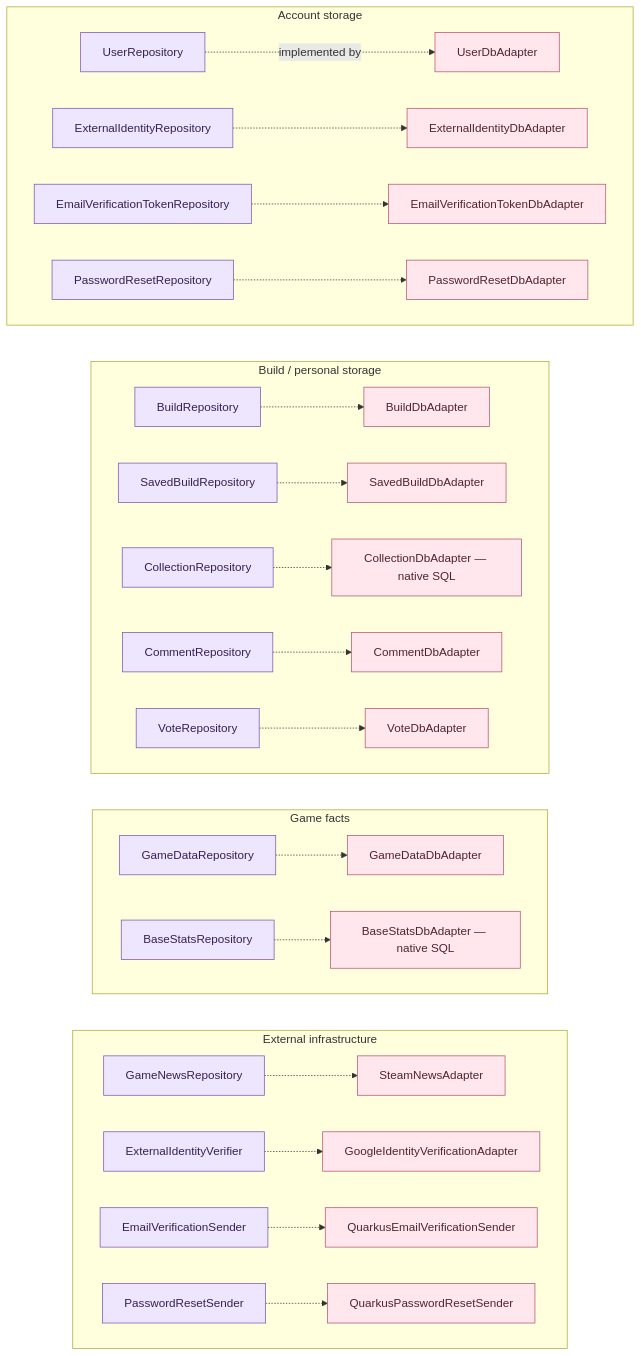
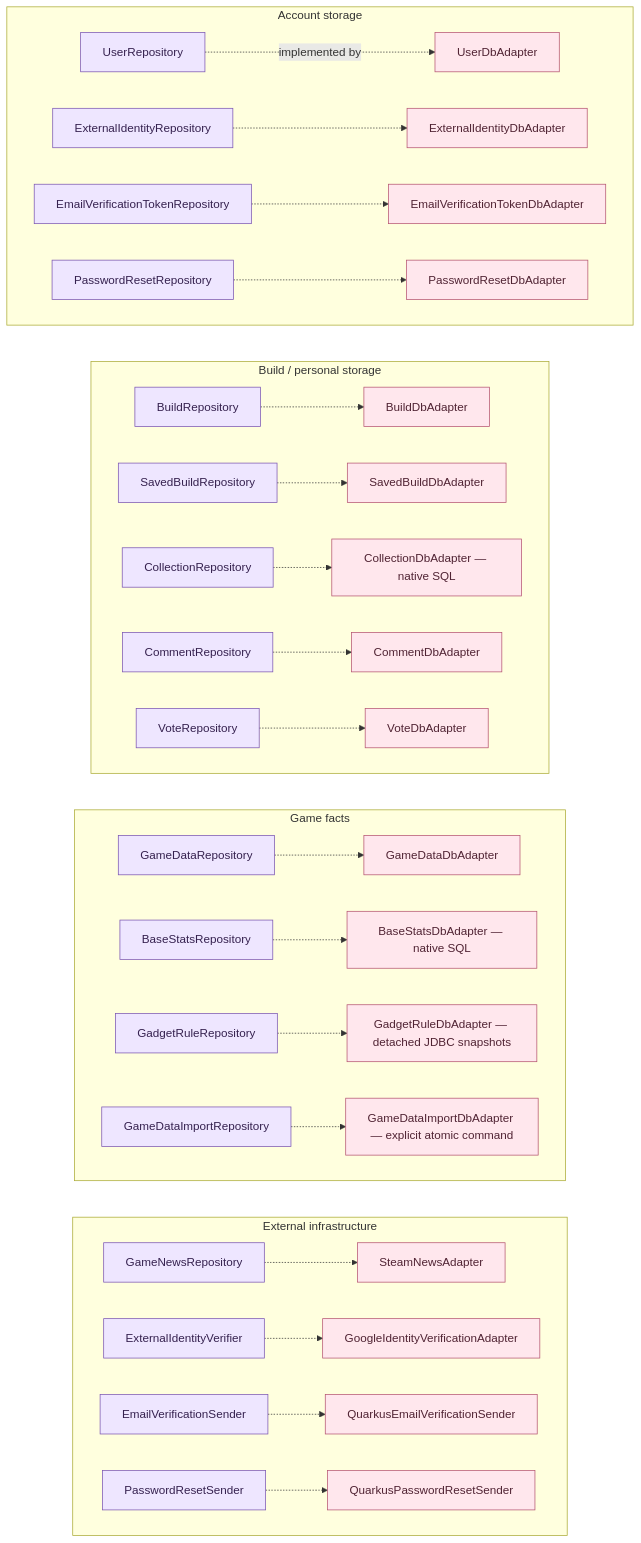
Before and after one commit to alexungu04genoff/RingLab: the fifth of 31 diagrams in docs/architecture-atlas.md, drawn with Mermaid. The commit also changed other lines of this file and 66 other files, not shown here.

Commit message:
feat(game-data): externalize versioned gadget rule facts

````diff
--- a/docs/architecture-atlas.md
+++ b/docs/architecture-atlas.md
@@ -284,34 +292,36 @@
 ```mermaid
 flowchart TB
   subgraph auth["Account storage"]
     direction LR
     u["UserRepository"]:::port -.->|"implemented by"| ua["UserDbAdapter"]:::adapter
     e["ExternalIdentityRepository"]:::port -.-> ea["ExternalIdentityDbAdapter"]:::adapter
     v["EmailVerificationTokenRepository"]:::port -.-> va["EmailVerificationTokenDbAdapter"]:::adapter
     p["PasswordResetRepository"]:::port -.-> pa["PasswordResetDbAdapter"]:::adapter
   end
   subgraph community["Build / personal storage"]
     direction LR
     b["BuildRepository"]:::port -.-> ba["BuildDbAdapter"]:::adapter
     s["SavedBuildRepository"]:::port -.-> sa["SavedBuildDbAdapter"]:::adapter
     c["CollectionRepository"]:::port -.-> ca["CollectionDbAdapter — native SQL"]:::adapter
     co["CommentRepository"]:::port -.-> coa["CommentDbAdapter"]:::adapter
     vo["VoteRepository"]:::port -.-> voa["VoteDbAdapter"]:::adapter
   end
   subgraph facts["Game facts"]
     direction LR
     g["GameDataRepository"]:::port -.-> ga["GameDataDbAdapter"]:::adapter
     st["BaseStatsRepository"]:::port -.-> sta["BaseStatsDbAdapter — native SQL"]:::adapter
+    gr["GadgetRuleRepository"]:::port -.-> gra["GadgetRuleDbAdapter — detached JDBC snapshots"]:::adapter
+    gi["GameDataImportRepository"]:::port -.-> gia["GameDataImportDbAdapter — explicit atomic command"]:::adapter
   end
   subgraph external["External infrastructure"]
     direction LR
     n["GameNewsRepository"]:::port -.-> na["SteamNewsAdapter"]:::adapter
     i["ExternalIdentityVerifier"]:::port -.-> ia["GoogleIdentityVerificationAdapter"]:::adapter
     m["EmailVerificationSender"]:::port -.-> ma["QuarkusEmailVerificationSender"]:::adapter
     r["PasswordResetSender"]:::port -.-> ra["QuarkusPasswordResetSender"]:::adapter
   end
   %% Layout only: stack the four independent binding panels.
   auth ~~~ community ~~~ facts ~~~ external
   classDef port fill:#eee6ff,stroke:#7954b1,color:#35214f
   classDef adapter fill:#ffe7ed,stroke:#b45370,color:#502333
 ```
````
